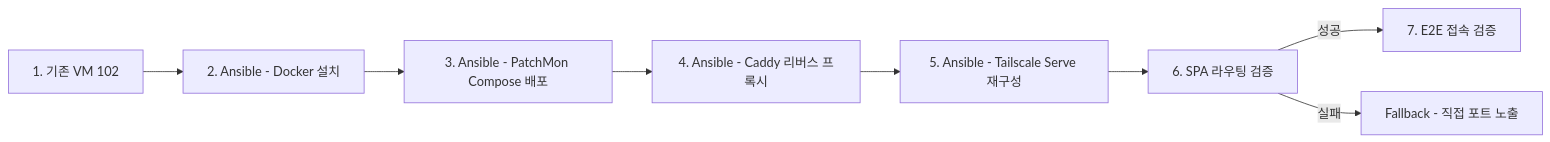
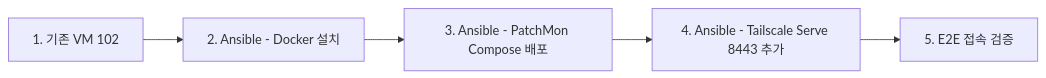
The second of 2 diagrams in docs/superpowers/specs/2026-07-06-patchmon-design.md (deuxksy/homelab), drawn with Mermaid before and after one commit. The commit also changed other lines of this file, not shown here.

First line of the commit message:
docs(patchmon): Antigravity 검증 반영 - Caddy 폐기, Tailscale Serve 8443 단순화

````diff
--- a/docs/superpowers/specs/2026-07-06-patchmon-design.md
+++ b/docs/superpowers/specs/2026-07-06-patchmon-design.md
@@ -63,10 +75,7 @@
 ```mermaid
 graph LR
     A[1. 기존 VM 102] --> B[2. Ansible - Docker 설치]
     B --> C[3. Ansible - PatchMon Compose 배포]
-    C --> D[4. Ansible - Caddy 리버스 프록시]
-    D --> E[5. Ansible - Tailscale Serve 재구성]
-    E --> F[6. SPA 라우팅 검증]
-    F -->|성공| G[7. E2E 접속 검증]
-    F -->|실패| H[Fallback - 직접 포트 노출]
+    C --> D[4. Ansible - Tailscale Serve 8443 추가]
+    D --> E[5. E2E 접속 검증]
 ```
````
